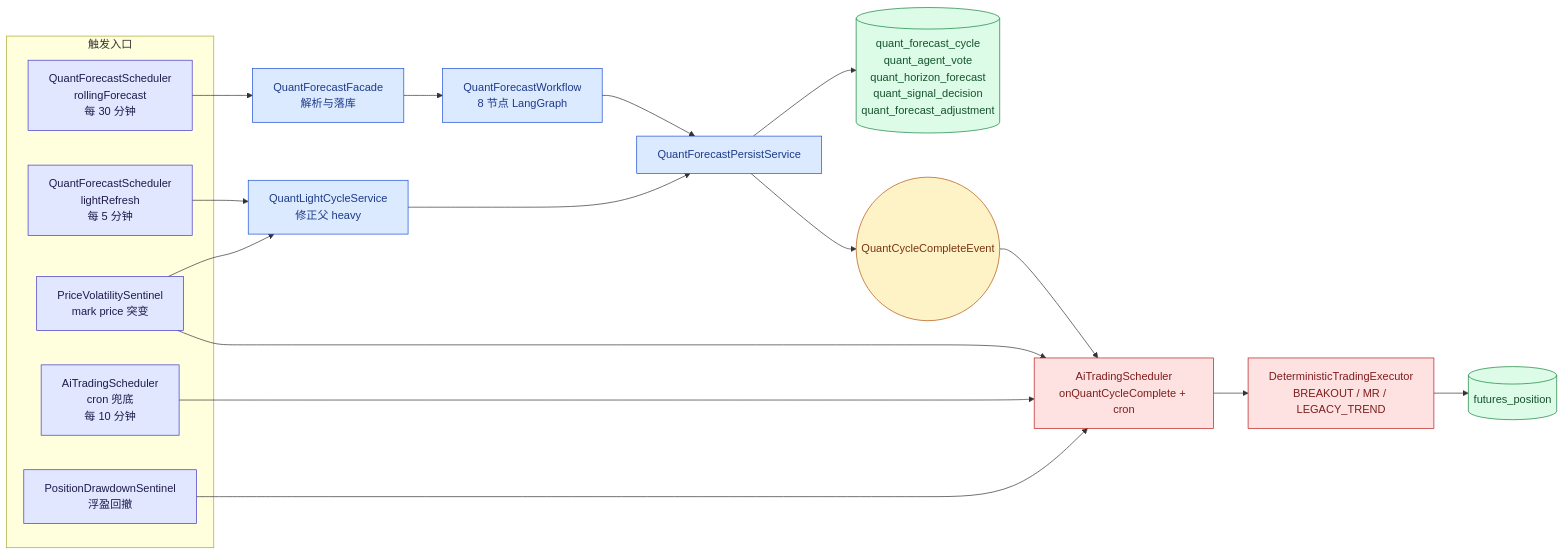
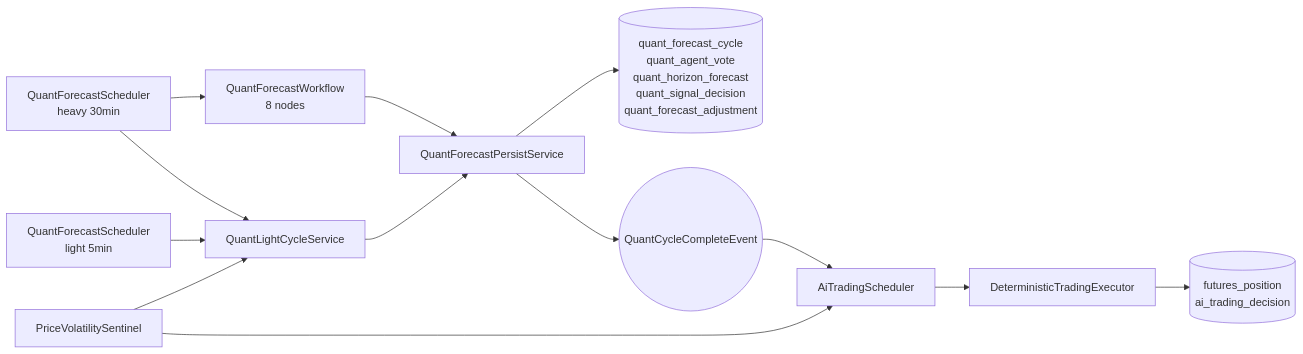
One commit to mamawai/wtfibought changed the first of 2 diagrams in docs/Quantitative analysis.md. Above: the diagram before and after it, drawn with Mermaid. The commit also changed other lines of this file and 1 other file, not shown here.

````diff
--- a/docs/Quantitative analysis.md
+++ b/docs/Quantitative analysis.md
@@ -47,43 +51,22 @@
 ```mermaid
 flowchart LR
-    subgraph Triggers["触发入口"]
-        S1["QuantForecastScheduler<br/>rollingForecast<br/>每 30 分钟"]
-        S2["QuantForecastScheduler<br/>lightRefresh<br/>每 5 分钟"]
-        S3["PriceVolatilitySentinel<br/>mark price 突变"]
-        S4["AiTradingScheduler<br/>cron 兜底<br/>每 10 分钟"]
-        S5["PositionDrawdownSentinel<br/>浮盈回撤"]
-    end
-
-    F["QuantForecastFacade<br/>解析与落库"]
-    G["QuantForecastWorkflow<br/>8 节点 LangGraph"]
-    L["QuantLightCycleService<br/>修正父 heavy"]
-
+    S1["QuantForecastScheduler<br/>heavy 30min"]
+    S2["QuantForecastScheduler<br/>light 5min"]
+    S3["PriceVolatilitySentinel"]
+    G["QuantForecastWorkflow<br/>8 nodes"]
+    L["QuantLightCycleService"]
     P["QuantForecastPersistService"]
     DB[("quant_forecast_cycle<br/>quant_agent_vote<br/>quant_horizon_forecast<br/>quant_signal_decision<br/>quant_forecast_adjustment")]
+    E(("QuantCycleCompleteEvent"))
+    T["AiTradingScheduler"]
+    X["DeterministicTradingExecutor"]
+    POS[("futures_position<br/>ai_trading_decision")]
 
-    E((QuantCycleCompleteEvent))
-    AT["AiTradingScheduler<br/>onQuantCycleComplete + cron"]
-    EX["DeterministicTradingExecutor<br/>BREAKOUT / MR / LEGACY_TREND"]
-    POS[("futures_position")]
-
-    S1 --> F --> G --> P --> DB
+    S1 --> G --> P --> DB
     P --> E
+    S1 --> L
     S2 --> L --> P
     S3 --> L
-    S3 --> AT
-    E --> AT
-    S4 --> AT
-    S5 --> AT
-    AT --> EX --> POS
-
-    classDef trig fill:#e0e7ff,stroke:#4338ca,color:#1e1b4b
-    classDef core fill:#dbeafe,stroke:#1d4ed8,color:#1e3a8a
-    classDef store fill:#dcfce7,stroke:#15803d,color:#14532d
-    classDef event fill:#fef3c7,stroke:#b45309,color:#78350f
-    classDef trade fill:#fee2e2,stroke:#b91c1c,color:#7f1d1d
-    class S1,S2,S3,S4,S5 trig
-    class F,G,L,P core
-    class DB,POS store
-    class E event
-    class AT,EX trade
+    S3 --> T
+    E --> T --> X --> POS
 ```
````
